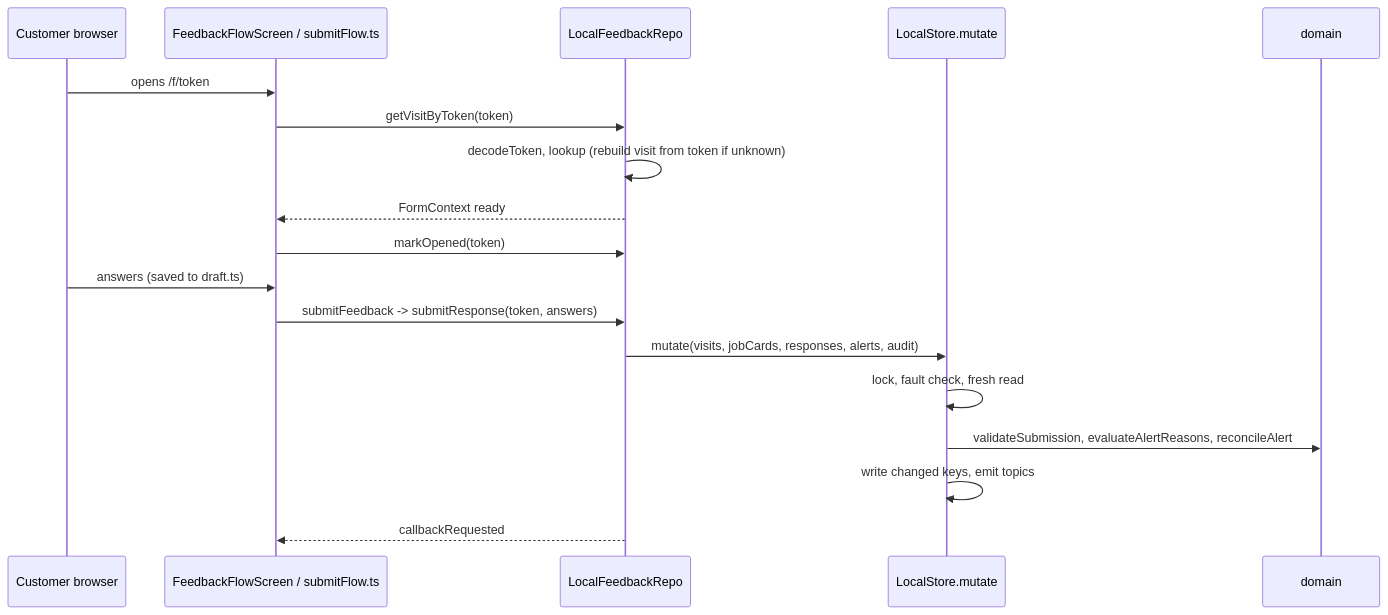
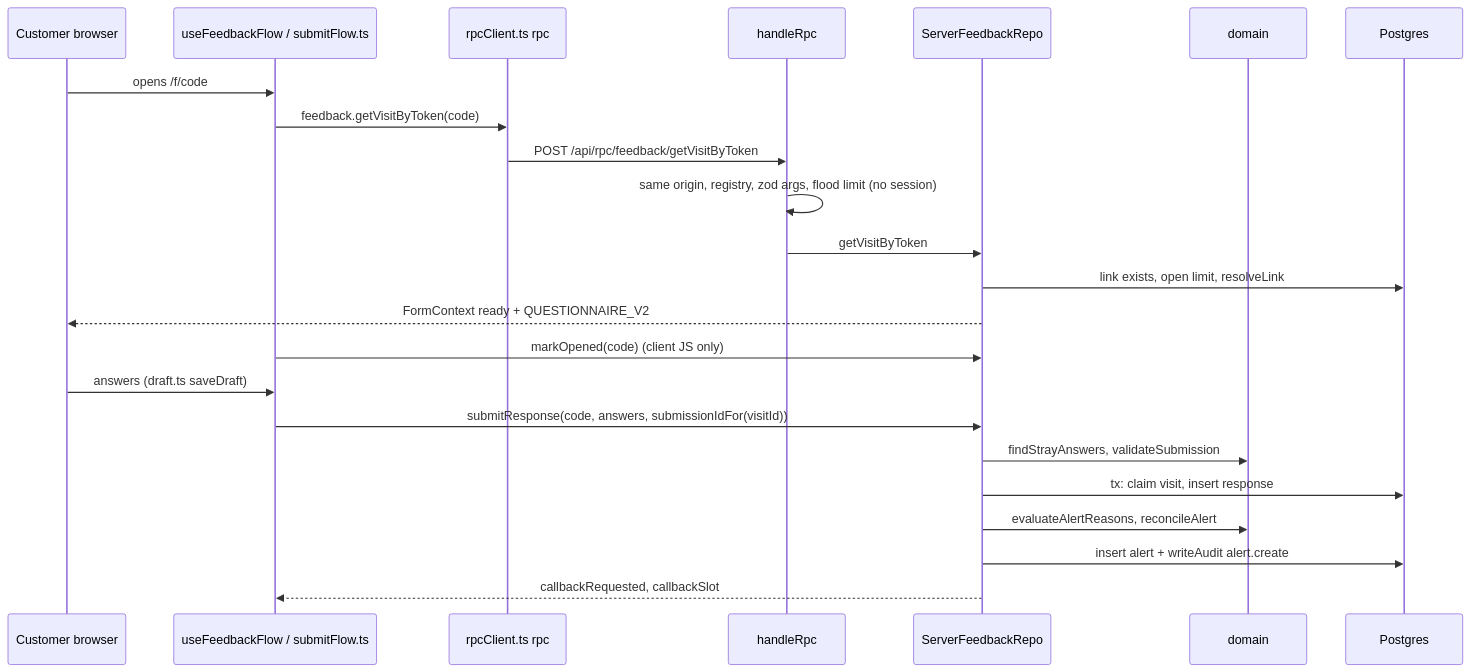
One commit to AbrahamLinksus/chandra-psf changed the second of 4 diagrams in docs/ARCHITECTURE.md. Above: the diagram before and after it, drawn with Mermaid. The commit also changed other lines of this file and 8 other files, not shown here.

````diff
--- a/docs/ARCHITECTURE.md
+++ b/docs/ARCHITECTURE.md
@@ -51,20 +61,25 @@
 ```mermaid
 sequenceDiagram
   participant C as Customer browser
-  participant S as FeedbackFlowScreen / submitFlow.ts
-  participant R as LocalFeedbackRepo
-  participant ST as LocalStore.mutate
+  participant F as useFeedbackFlow / submitFlow.ts
+  participant R as rpcClient.ts rpc
+  participant H as handleRpc
+  participant S as ServerFeedbackRepo
   participant D as domain
-  C->>S: opens /f/token
-  S->>R: getVisitByToken(token)
-  R->>R: decodeToken, lookup (rebuild visit from token if unknown)
-  R-->>S: FormContext ready
-  S->>R: markOpened(token)
-  C->>S: answers (saved to draft.ts)
-  S->>R: submitFeedback -> submitResponse(token, answers)
-  R->>ST: mutate(visits, jobCards, responses, alerts, audit)
-  ST->>ST: lock, fault check, fresh read
-  ST->>D: validateSubmission, evaluateAlertReasons, reconcileAlert
-  ST->>ST: write changed keys, emit topics
-  R-->>S: callbackRequested
+  participant DB as Postgres
+  C->>F: opens /f/code
+  F->>R: feedback.getVisitByToken(code)
+  R->>H: POST /api/rpc/feedback/getVisitByToken
+  H->>H: same origin, registry, zod args, flood limit (no session)
+  H->>S: getVisitByToken
+  S->>DB: link exists, open limit, resolveLink
+  S-->>C: FormContext ready + QUESTIONNAIRE_V2
+  F->>S: markOpened(code) (client JS only)
+  C->>F: answers (draft.ts saveDraft)
+  F->>S: submitResponse(code, answers, submissionIdFor(visitId))
+  S->>D: findStrayAnswers, validateSubmission
+  S->>DB: tx: claim visit, insert response
+  S->>D: evaluateAlertReasons, reconcileAlert
+  S->>DB: insert alert + writeAudit alert.create
+  S-->>F: callbackRequested, callbackSlot
 ```
````
